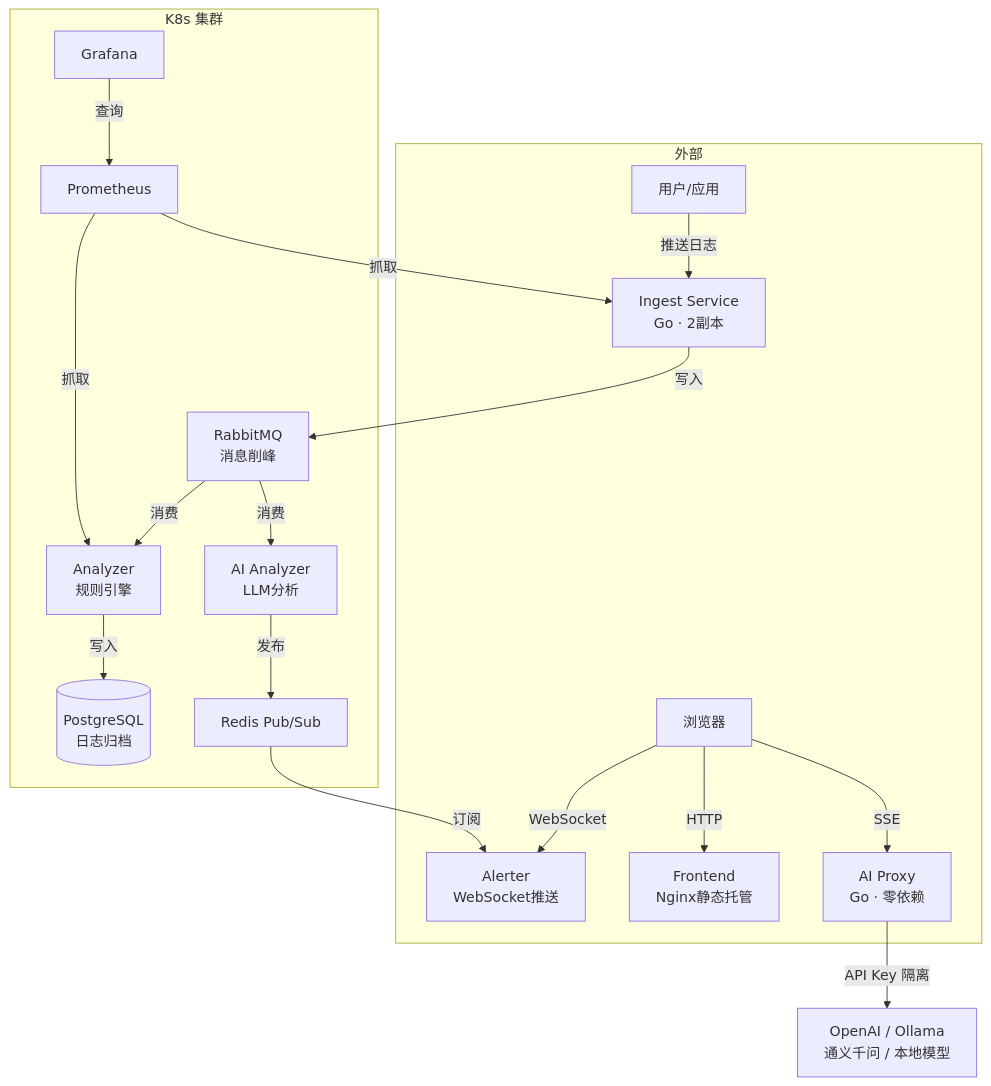
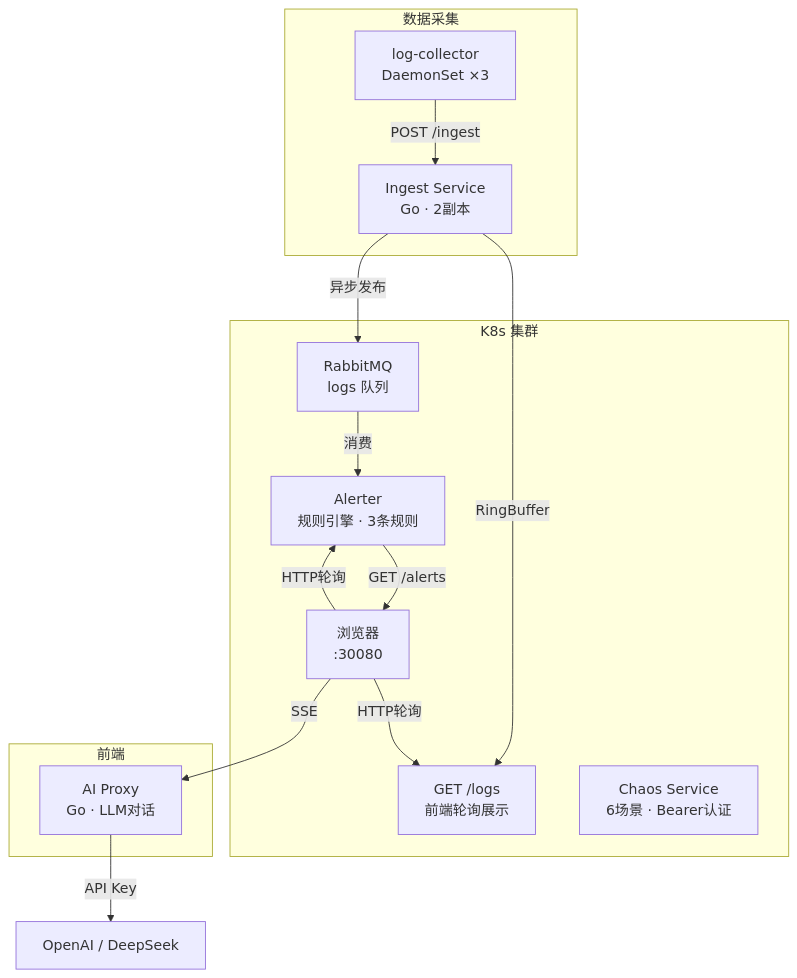
One commit to ForestLin-5/LogHawk changed the diagram in README.md. Above: the diagram before and after it, drawn with Mermaid. The commit also changed other lines of this file and 5 other files, not shown here.

````diff
--- a/README.md
+++ b/README.md
@@ -28,24 +28,22 @@
 ```mermaid
 graph TB
-    subgraph "外部"
-        U[用户/应用] -->|推送日志| ING[Ingest Service<br/>Go · 2副本]
-        B[浏览器] -->|WebSocket| ALERT[Alerter<br/>WebSocket推送]
-        B -->|HTTP| FE[Frontend<br/>Nginx静态托管]
-        B -->|SSE| AI[AI Proxy<br/>Go · 零依赖]
+    subgraph "数据采集"
+        LC[log-collector<br/>DaemonSet ×3] -->|POST /ingest| ING[Ingest Service<br/>Go · 2副本]
     end
     
     subgraph "K8s 集群"
-        ING -->|写入| MQ[RabbitMQ<br/>消息削峰]
-        MQ -->|消费| ANA[Analyzer<br/>规则引擎]
-        MQ -->|消费| AIA[AI Analyzer<br/>LLM分析]
-        ANA -->|写入| PG[(PostgreSQL<br/>日志归档)]
-        AIA -->|发布| RED[Redis Pub/Sub]
-        RED -->|订阅| ALERT
-        
-        PROM[Prometheus] -->|抓取| ING
-        PROM -->|抓取| ANA
-        GRAF[Grafana] -->|查询| PROM
+        ING -->|RingBuffer| LOGS[GET /logs<br/>前端轮询展示]
+        ING -->|异步发布| MQ[RabbitMQ<br/>logs 队列]
+        MQ -->|消费| ALERT[Alerter<br/>规则引擎 · 3条规则]
+        ALERT -->|GET /alerts| B
+        CHAOS[Chaos Service<br/>6场景 · Bearer认证]
     end
     
-    AI -->|API Key 隔离| LLM[OpenAI / Ollama<br/>通义千问 / 本地模型]
+    subgraph "前端"
+        B[浏览器<br/>:30080] -->|HTTP轮询| LOGS
+        B -->|SSE| AI[AI Proxy<br/>Go · LLM对话]
+        B -->|HTTP轮询| ALERT
+    end
+    
+    AI -->|API Key| LLM[OpenAI / DeepSeek]
 ```
````
